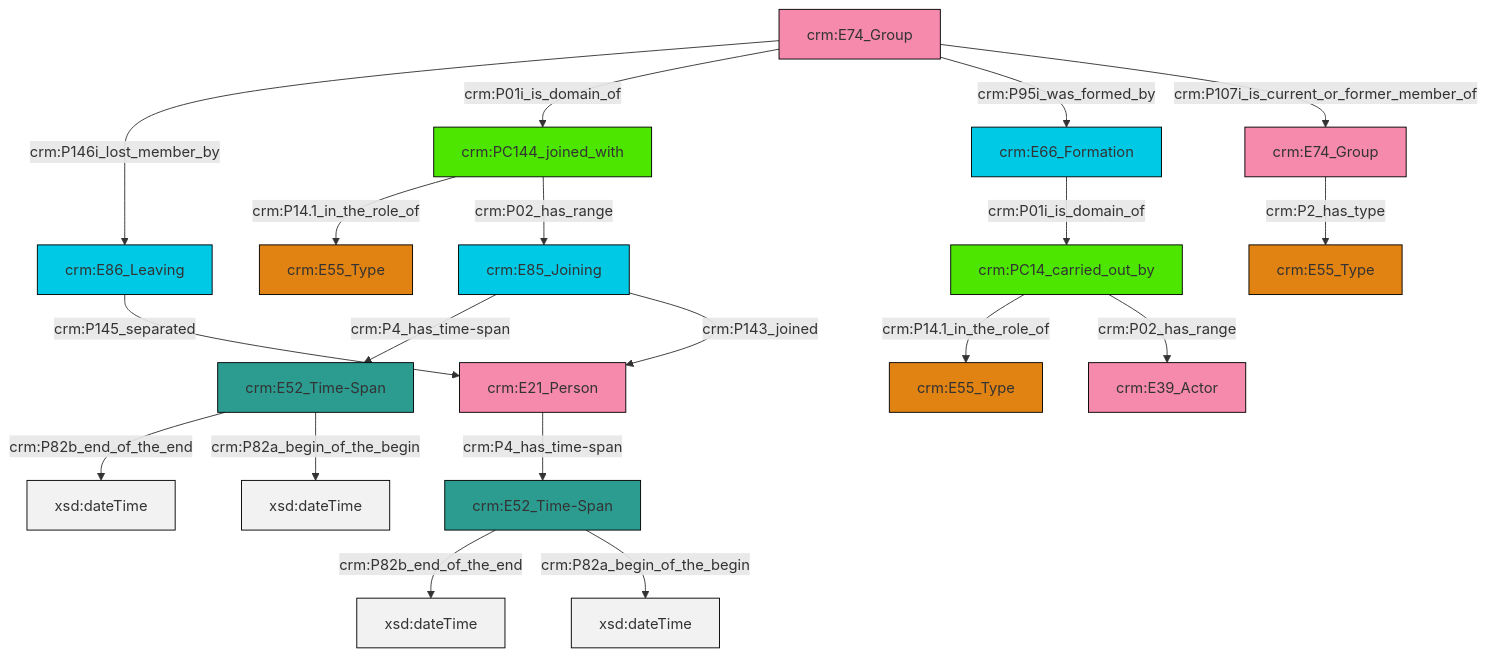
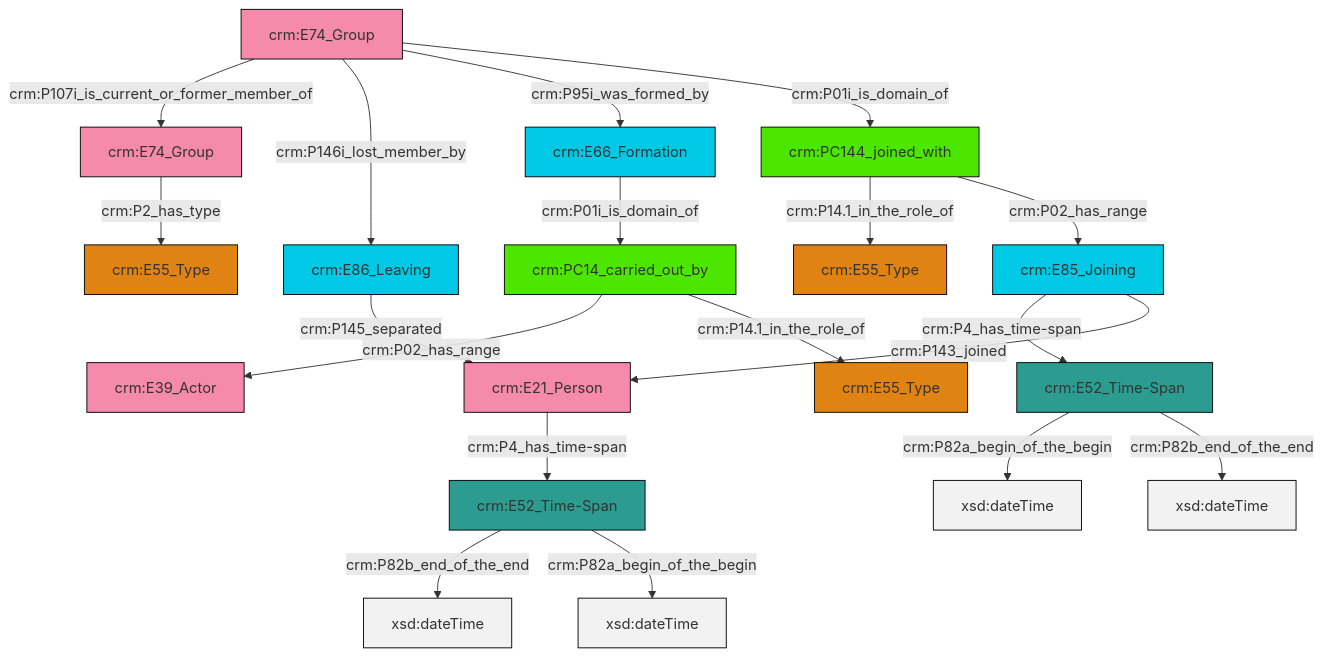
Before and after one commit to swiss-art-research-net/docs.swissartresearch: the diagram in et/groupCSV/ttl/mmd/group_actor_relations.ttl.mmd, drawn with Mermaid. The commit also changed 173 other files, not shown here.

```diff
--- a/et/groupCSV/ttl/mmd/group_actor_relations.ttl.mmd
+++ b/et/groupCSV/ttl/mmd/group_actor_relations.ttl.mmd
@@ -1,33 +1,33 @@
 graph TD
 classDef Literal fill:#f2f2f2,stroke:#000000;
 classDef CRM_Entity fill:#FFFFFF,stroke:#000000;
 classDef Temporal_Entity fill:#00C9E6, stroke:#000000;
 classDef Type fill:#E18312, stroke:#000000;
 classDef Time-Span fill:#2C9C91, stroke:#000000;
 classDef Appellation fill:#FFEB7F, stroke:#000000;
 classDef Place fill:#008836, stroke:#000000;
 classDef Persistent_Item fill:#B266B2, stroke:#000000;
 classDef Conceptual_Object fill:#FFD700, stroke:#000000;
 classDef Physical_Thing fill:#D2B48C, stroke:#000000;
 classDef Actor fill:#f58aad, stroke:#000000;
 classDef PC_Classes fill:#4ce600, stroke:#000000;
 classDef Multi fill:#cccccc,stroke:#000000;
 
-2["crm:E52_Time-Span"]:::Time-Span -->|crm:P82b_end_of_the_end| 3[xsd:dateTime]:::Literal
-4["crm:E86_Leaving"]:::Temporal_Entity -->|crm:P145_separated| 5["crm:E21_Person"]:::Actor
-10["crm:E66_Formation"]:::Temporal_Entity -->|crm:P01i_is_domain_of| 8["crm:PC14_carried_out_by"]:::PC_Classes
-8["crm:PC14_carried_out_by"]:::PC_Classes -->|crm:P14.1_in_the_role_of| 11["crm:E55_Type"]:::Type
-6["crm:E74_Group"]:::Actor -->|crm:P146i_lost_member_by| 4["crm:E86_Leaving"]:::Temporal_Entity
-8["crm:PC14_carried_out_by"]:::PC_Classes -->|crm:P02_has_range| 13["crm:E39_Actor"]:::Actor
-15["crm:PC144_joined_with"]:::PC_Classes -->|crm:P14.1_in_the_role_of| 16["crm:E55_Type"]:::Type
-15["crm:PC144_joined_with"]:::PC_Classes -->|crm:P02_has_range| 17["crm:E85_Joining"]:::Temporal_Entity
-17["crm:E85_Joining"]:::Temporal_Entity -->|crm:P4_has_time-span| 2["crm:E52_Time-Span"]:::Time-Span
-6["crm:E74_Group"]:::Actor -->|crm:P01i_is_domain_of| 15["crm:PC144_joined_with"]:::PC_Classes
-20["crm:E52_Time-Span"]:::Time-Span -->|crm:P82b_end_of_the_end| 21[xsd:dateTime]:::Literal
-6["crm:E74_Group"]:::Actor -->|crm:P95i_was_formed_by| 10["crm:E66_Formation"]:::Temporal_Entity
-0["crm:E74_Group"]:::Actor -->|crm:P2_has_type| 28["crm:E55_Type"]:::Type
-5["crm:E21_Person"]:::Actor -->|crm:P4_has_time-span| 20["crm:E52_Time-Span"]:::Time-Span
-2["crm:E52_Time-Span"]:::Time-Span -->|crm:P82a_begin_of_the_begin| 29[xsd:dateTime]:::Literal
-20["crm:E52_Time-Span"]:::Time-Span -->|crm:P82a_begin_of_the_begin| 31[xsd:dateTime]:::Literal
-6["crm:E74_Group"]:::Actor -->|crm:P107i_is_current_or_former_member_of| 0["crm:E74_Group"]:::Actor
-17["crm:E85_Joining"]:::Temporal_Entity -->|crm:P143_joined| 5["crm:E21_Person"]:::Actor
+2["crm:PC144_joined_with"]:::PC_Classes -->|crm:P14.1_in_the_role_of| 3["crm:E55_Type"]:::Type
+7["crm:E66_Formation"]:::Temporal_Entity -->|crm:P01i_is_domain_of| 8["crm:PC14_carried_out_by"]:::PC_Classes
+12["crm:E74_Group"]:::Actor -->|crm:P107i_is_current_or_former_member_of| 4["crm:E74_Group"]:::Actor
+16["crm:E52_Time-Span"]:::Time-Span -->|crm:P82a_begin_of_the_begin| 17[xsd:dateTime]:::Literal
+18["crm:E21_Person"]:::Actor -->|crm:P4_has_time-span| 19["crm:E52_Time-Span"]:::Time-Span
+20["crm:E85_Joining"]:::Temporal_Entity -->|crm:P4_has_time-span| 16["crm:E52_Time-Span"]:::Time-Span
+16["crm:E52_Time-Span"]:::Time-Span -->|crm:P82b_end_of_the_end| 26[xsd:dateTime]:::Literal
+19["crm:E52_Time-Span"]:::Time-Span -->|crm:P82b_end_of_the_end| 27[xsd:dateTime]:::Literal
+8["crm:PC14_carried_out_by"]:::PC_Classes -->|crm:P02_has_range| 14["crm:E39_Actor"]:::Actor
+12["crm:E74_Group"]:::Actor -->|crm:P146i_lost_member_by| 9["crm:E86_Leaving"]:::Temporal_Entity
+12["crm:E74_Group"]:::Actor -->|crm:P95i_was_formed_by| 7["crm:E66_Formation"]:::Temporal_Entity
+9["crm:E86_Leaving"]:::Temporal_Entity -->|crm:P145_separated| 18["crm:E21_Person"]:::Actor
+12["crm:E74_Group"]:::Actor -->|crm:P01i_is_domain_of| 2["crm:PC144_joined_with"]:::PC_Classes
+20["crm:E85_Joining"]:::Temporal_Entity -->|crm:P143_joined| 18["crm:E21_Person"]:::Actor
+4["crm:E74_Group"]:::Actor -->|crm:P2_has_type| 0["crm:E55_Type"]:::Type
+19["crm:E52_Time-Span"]:::Time-Span -->|crm:P82a_begin_of_the_begin| 34[xsd:dateTime]:::Literal
+8["crm:PC14_carried_out_by"]:::PC_Classes -->|crm:P14.1_in_the_role_of| 21["crm:E55_Type"]:::Type
+2["crm:PC144_joined_with"]:::PC_Classes -->|crm:P02_has_range| 20["crm:E85_Joining"]:::Temporal_Entity
```
